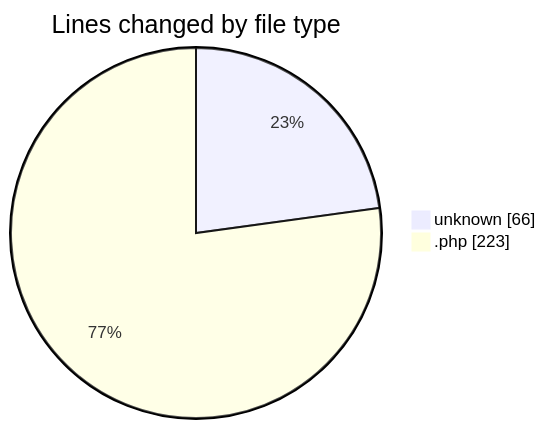
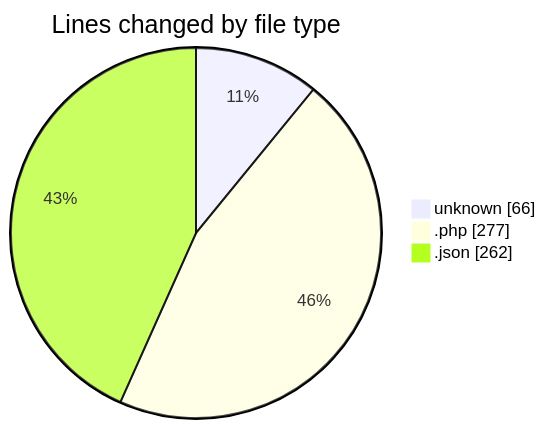
The first of 2 diagrams in 2025-11-08/futsal/README.md (idhammustaqopulfikri/code-tracking), drawn with Mermaid before and after one commit. The commit also changed other lines of this file and 1 other file, not shown here.

````diff
--- a/2025-11-08/futsal/README.md
+++ b/2025-11-08/futsal/README.md
@@ -24,6 +26,7 @@
 ```mermaid
 pie showData
 title Lines changed by file type
 "unknown" : 66
-".php" : 223
+".php" : 277
+".json" : 262
 ```
````
